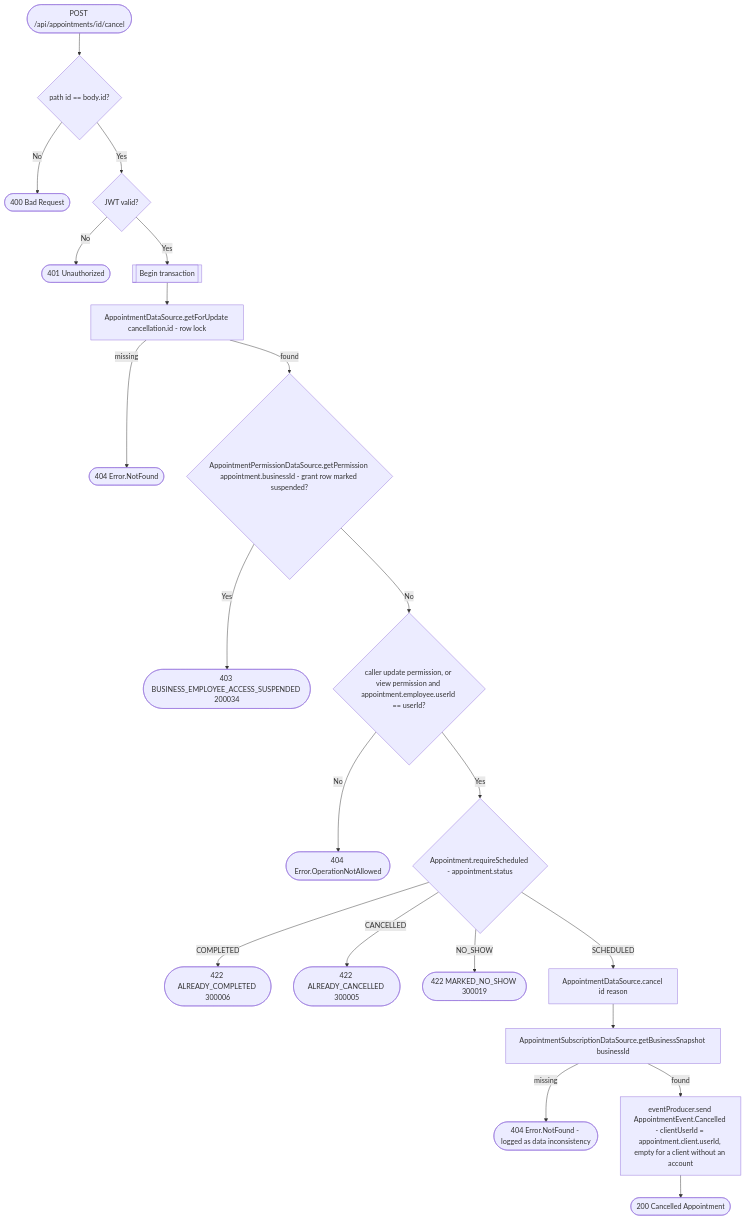
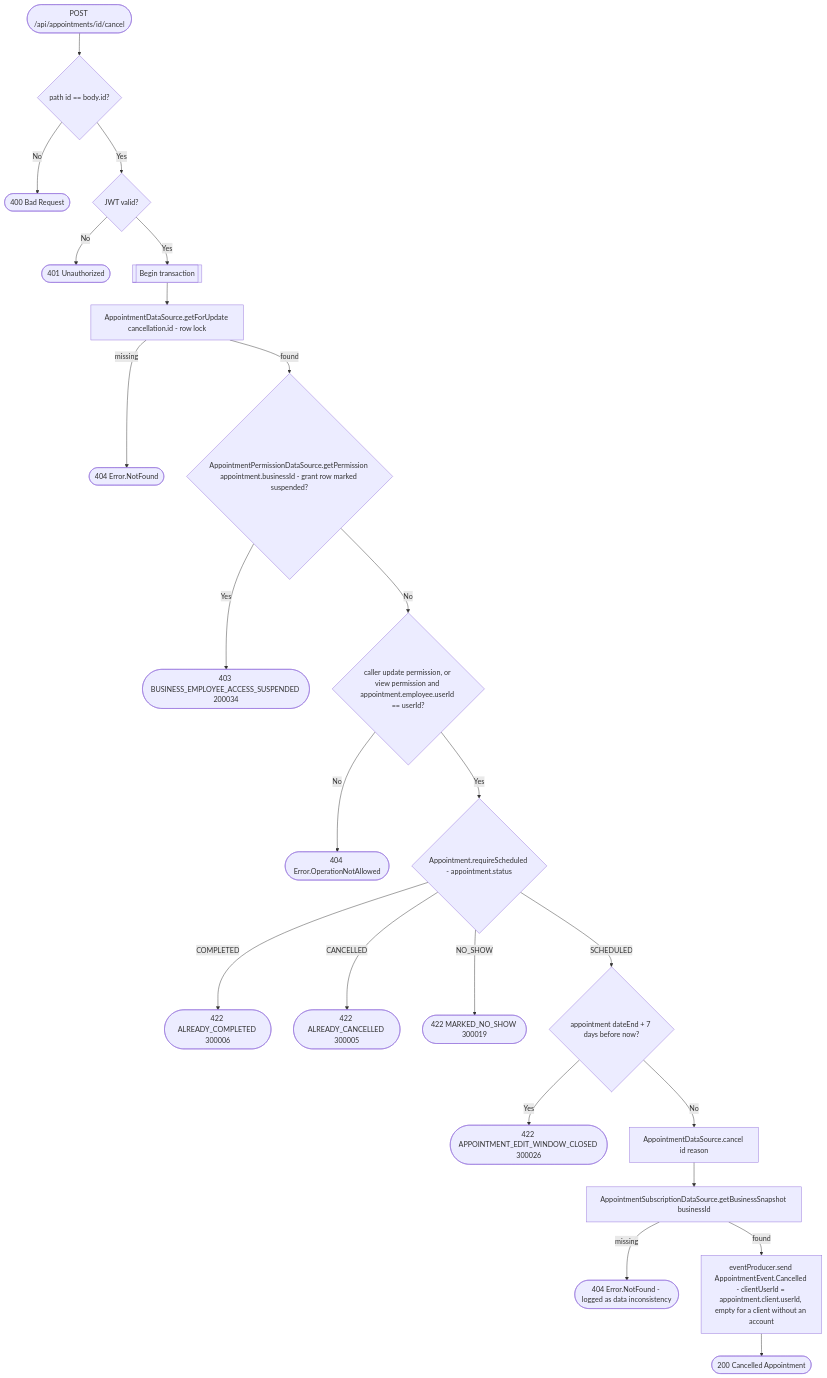
One commit to nocturneproperties/bookkme changed the diagram in docs/operations/appointments/cancel-appointment.md. Above: the diagram before and after it, drawn with Mermaid. The commit also changed 164 other files, not shown here.

````diff
--- a/docs/operations/appointments/cancel-appointment.md
+++ b/docs/operations/appointments/cancel-appointment.md
@@ -14,23 +14,25 @@
 ```mermaid
 flowchart TD
     Start([POST /api/appointments/id/cancel]) --> PathCheck{path id == body.id?}
     PathCheck -- No --> R400([400 Bad Request])
     PathCheck -- Yes --> Auth{JWT valid?}
     Auth -- No --> R401([401 Unauthorized])
     Auth -- Yes --> Tx[[Begin transaction]]
     Tx --> Get[AppointmentDataSource.getForUpdate cancellation.id - row lock]
     Get -- missing --> R404n([404 Error.NotFound])
     Get -- found --> Suspended{AppointmentPermissionDataSource.getPermission appointment.businessId - grant row marked suspended?}
     Suspended -- Yes --> R403s([403 BUSINESS_EMPLOYEE_ACCESS_SUSPENDED 200034])
     Suspended -- No --> Perm{caller update permission, or view permission and appointment.employee.userId == userId?}
     Perm -- No --> R404a([404 Error.OperationNotAllowed])
     Perm -- Yes --> Status{Appointment.requireScheduled - appointment.status}
     Status -- COMPLETED --> R422a([422 ALREADY_COMPLETED 300006])
     Status -- CANCELLED --> R422b([422 ALREADY_CANCELLED 300005])
     Status -- NO_SHOW --> R422c([422 MARKED_NO_SHOW 300019])
-    Status -- SCHEDULED --> Cancel[AppointmentDataSource.cancel id reason]
+    Status -- SCHEDULED --> Window{appointment dateEnd + 7 days before now?}
+    Window -- Yes --> R422w([422 APPOINTMENT_EDIT_WINDOW_CLOSED 300026])
+    Window -- No --> Cancel[AppointmentDataSource.cancel id reason]
     Cancel --> Snapshot[AppointmentSubscriptionDataSource.getBusinessSnapshot businessId]
     Snapshot -- missing --> R404b([404 Error.NotFound - logged as data inconsistency])
     Snapshot -- found --> Event["eventProducer.send AppointmentEvent.Cancelled - clientUserId = appointment.client.userId, empty for a client without an account"]
     Event --> R200([200 Cancelled Appointment])
 ```
````
